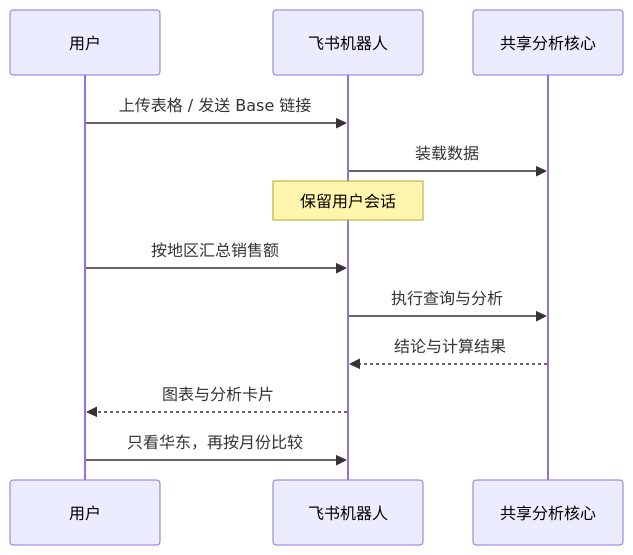
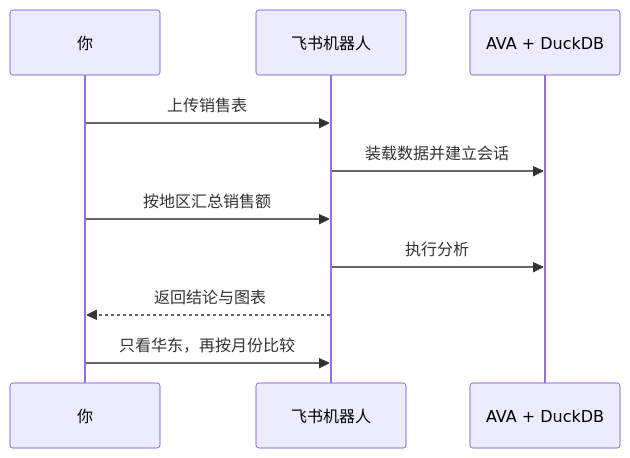
The diagram in apps/bot/README.md (Keikeikm/ava-feishu-extension), drawn with Mermaid before and after one commit. The commit also changed other lines of this file and 17 other files, not shown here.

````diff
--- a/apps/bot/README.md
+++ b/apps/bot/README.md
@@ -7,14 +7,12 @@
 ```mermaid
 sequenceDiagram
-    participant User as 用户
+    participant User as 你
     participant Bot as 飞书机器人
-    participant Core as 共享分析核心
-    User->>Bot: 上传表格 / 发送 Base 链接
-    Bot->>Core: 装载数据
-    Note over Bot: 保留用户会话
+    participant Core as AVA + DuckDB
+    User->>Bot: 上传销售表
+    Bot->>Core: 装载数据并建立会话
     User->>Bot: 按地区汇总销售额
-    Bot->>Core: 执行查询与分析
-    Core-->>Bot: 结论与计算结果
-    Bot-->>User: 图表与分析卡片
+    Bot->>Core: 执行分析
+    Bot-->>User: 返回结论与图表
     User->>Bot: 只看华东，再按月份比较
 ```
````
